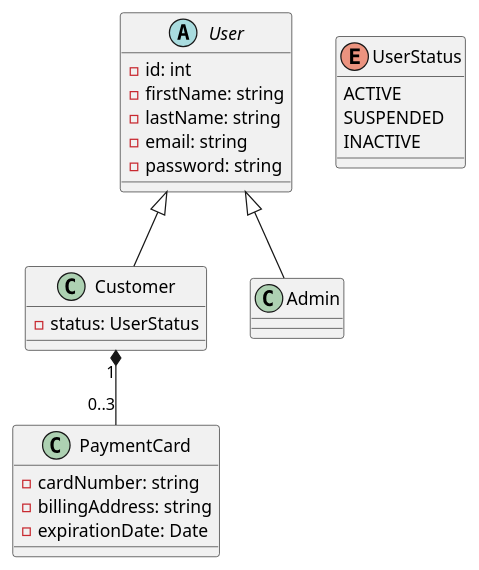
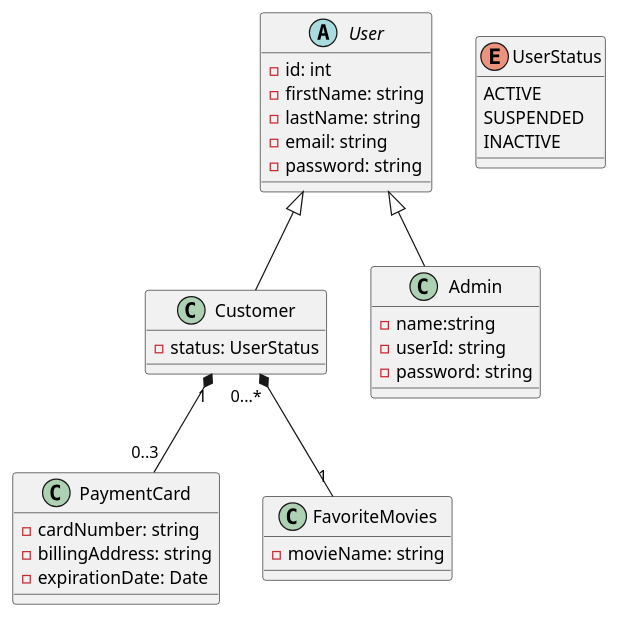
Before and after one commit to alecreates/Cinema-E-Booking-System: the diagram in user-diagram.puml, drawn with PlantUML.

Commit message:
added the plantuml FavoriteMovies class

```diff
--- a/user-diagram.puml
+++ b/user-diagram.puml
@@ -1,32 +1,40 @@
 @startuml
 
 abstract class User {
     - id: int
     - firstName: string
     - lastName: string
     - email: string
     - password: string
 }
 
 class Customer extends User {
     - status: UserStatus
 }
 
 class Admin extends User {
+    - name:string
+    - userId: string
+    - password: string
 }
 
 class PaymentCard {
     - cardNumber: string
     - billingAddress: string
     - expirationDate: Date
+}
+
+class FavoriteMovies {
+    - movieName: string
 }
 
 enum UserStatus {
     ACTIVE
     SUSPENDED
     INACTIVE
 }
 
 Customer "1" *-- "0..3" PaymentCard
+Customer "0...*" *-- "1" FavoriteMovies
 
-@enduml
+@endum
```
